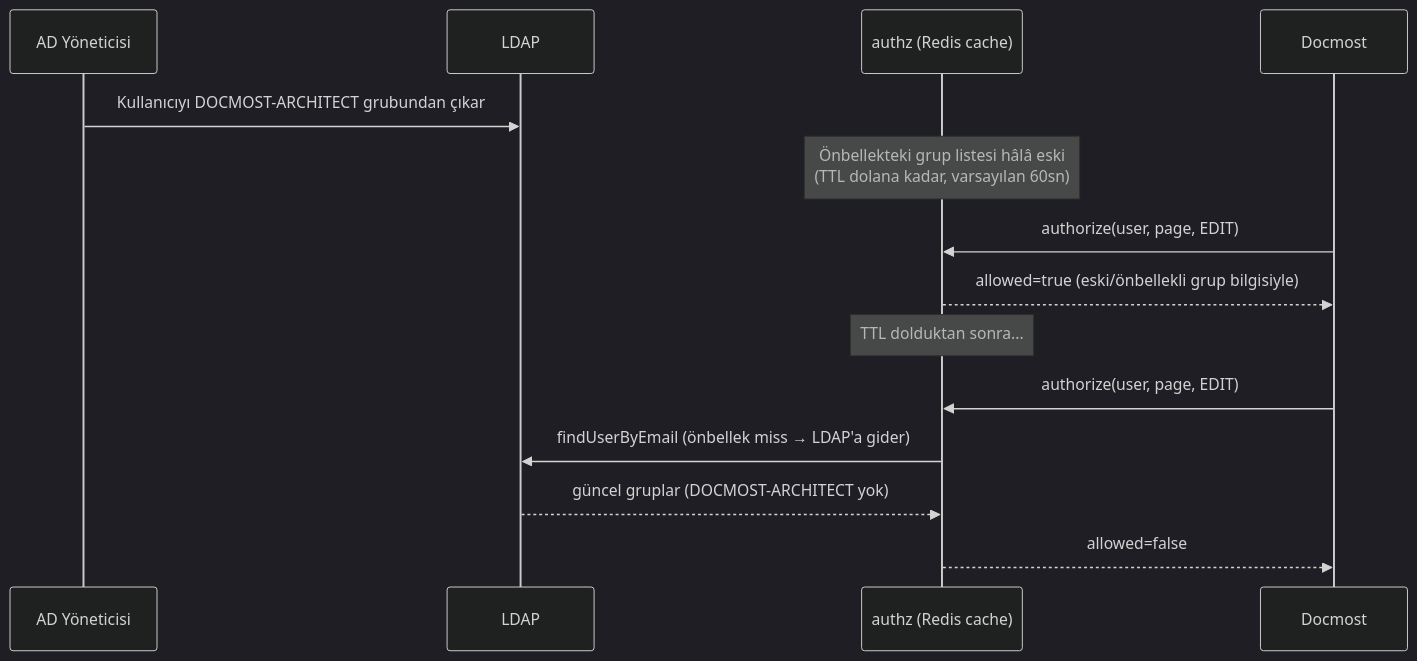
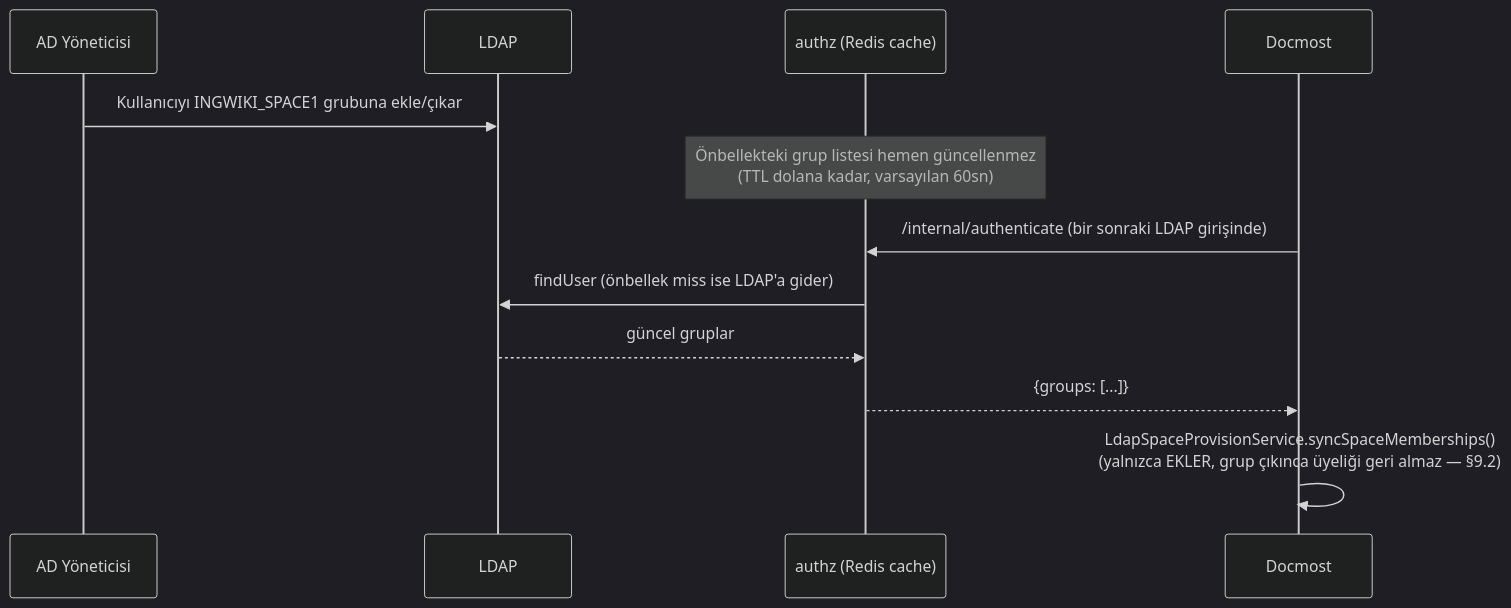
One commit to farukonder-ingtr/docmost changed the fifth of 7 diagrams in ingwiki/spec/03-final-architecture-and-use-cases.md. Above: the diagram before and after it, drawn with Mermaid (dark theme). The commit also changed other lines of this file and 40 other files, not shown here.

````diff
--- a/ingwiki/spec/03-final-architecture-and-use-cases.md
+++ b/ingwiki/spec/03-final-architecture-and-use-cases.md
@@ -168,17 +127,15 @@
 ```mermaid
 sequenceDiagram
     participant Admin as AD Yöneticisi
     participant L as LDAP
     participant A as authz (Redis cache)
     participant D as Docmost
 
-    Admin->>L: Kullanıcıyı DOCMOST-ARCHITECT grubundan çıkar
-    Note over A: Önbellekteki grup listesi hâlâ eski<br/>(TTL dolana kadar, varsayılan 60sn)
-    D->>A: authorize(user, page, EDIT)
-    A-->>D: allowed=true (eski/önbellekli grup bilgisiyle)
-    Note over A: TTL dolduktan sonra...
-    D->>A: authorize(user, page, EDIT)
-    A->>L: findUserByEmail (önbellek miss → LDAP'a gider)
-    L-->>A: güncel gruplar (DOCMOST-ARCHITECT yok)
-    A-->>D: allowed=false
+    Admin->>L: Kullanıcıyı INGWIKI_SPACE1 grubuna ekle/çıkar
+    Note over A: Önbellekteki grup listesi hemen güncellenmez<br/>(TTL dolana kadar, varsayılan 60sn)
+    D->>A: /internal/authenticate (bir sonraki LDAP girişinde)
+    A->>L: findUser (önbellek miss ise LDAP'a gider)
+    L-->>A: güncel gruplar
+    A-->>D: {groups: [...]}
+    D->>D: LdapSpaceProvisionService.syncSpaceMemberships()<br/>(yalnızca EKLER, grup çıkınca üyeliği geri almaz — §9.2)
 ```
````
